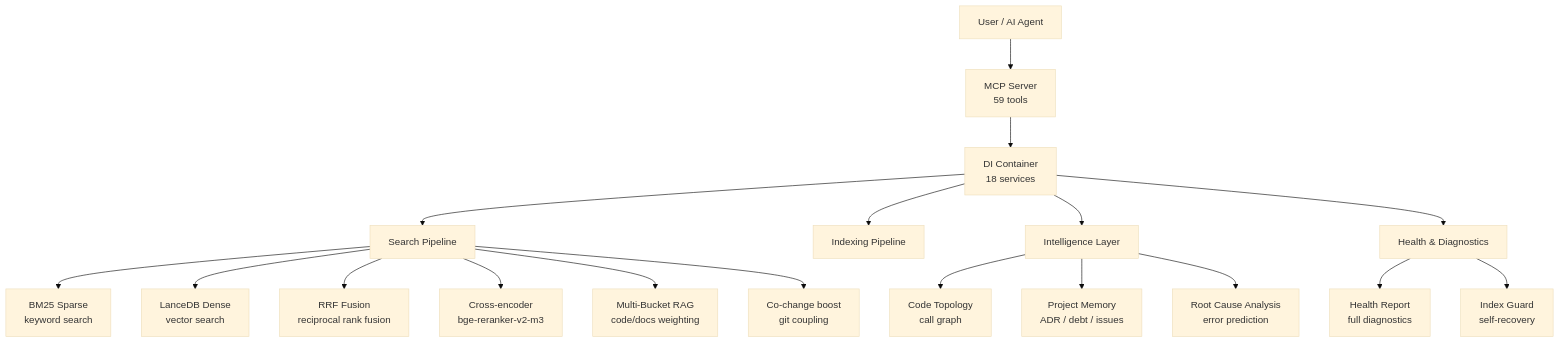
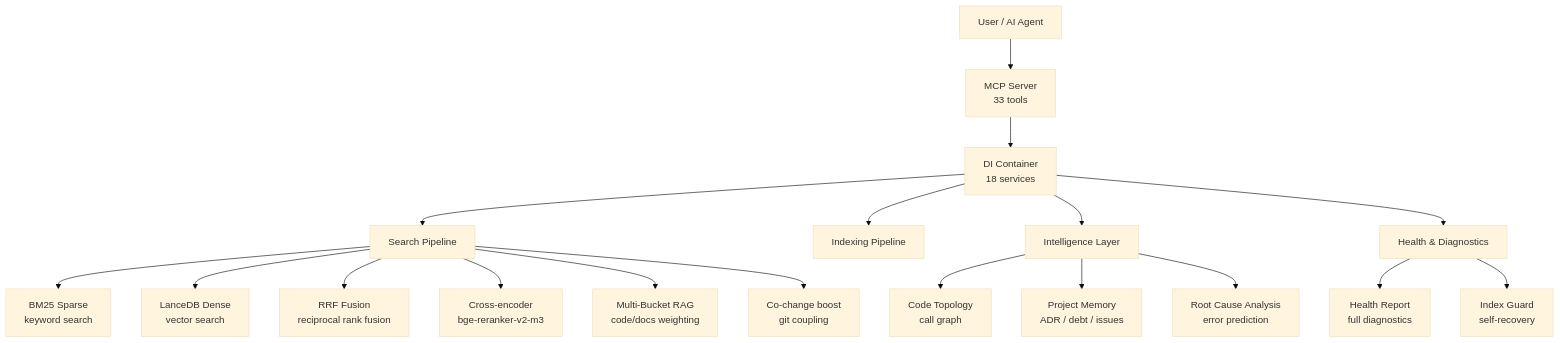
Before and after one commit to ManSio/mscodebase-intelligence: the first of 8 diagrams in docs/zh/ARCHITECTURE_DEEP.md, drawn with Mermaid (base theme). The commit also changed 19 other files, not shown here.

````diff
--- a/docs/zh/ARCHITECTURE_DEEP.md
+++ b/docs/zh/ARCHITECTURE_DEEP.md
@@ -9,23 +9,23 @@
 ```mermaid
 flowchart TD
-    User[User / AI Agent] --> MCP[MCP Server\n59 tools]
+    User[User / AI Agent] --> MCP[MCP Server\n33 tools]
     MCP --> DI[DI Container\n18 services]
     DI --> Search[Search Pipeline]
     DI --> Index[Indexing Pipeline]
     DI --> Intel[Intelligence Layer]
     DI --> Health[Health & Diagnostics]
     
     Search --> BM25[BM25 Sparse\nkeyword search]
     Search --> Dense[LanceDB Dense\nvector search]
     Search --> RRF[RRF Fusion\nreciprocal rank fusion]
     Search --> Rerank[Cross-encoder\nbge-reranker-v2-m3]
     Search --> Bucket[Multi-Bucket RAG\ncode/docs weighting]
     Search --> CoChange[Co-change boost\ngit coupling]
     
     Intel --> Topology[Code Topology\ncall graph]
     Intel --> Memory[Project Memory\nADR / debt / issues]
     Intel --> RCA[Root Cause Analysis\nerror prediction]
     
     Health --> Report[Health Report\nfull diagnostics]
     Health --> Guard[Index Guard\nself-recovery]
 ```
````
